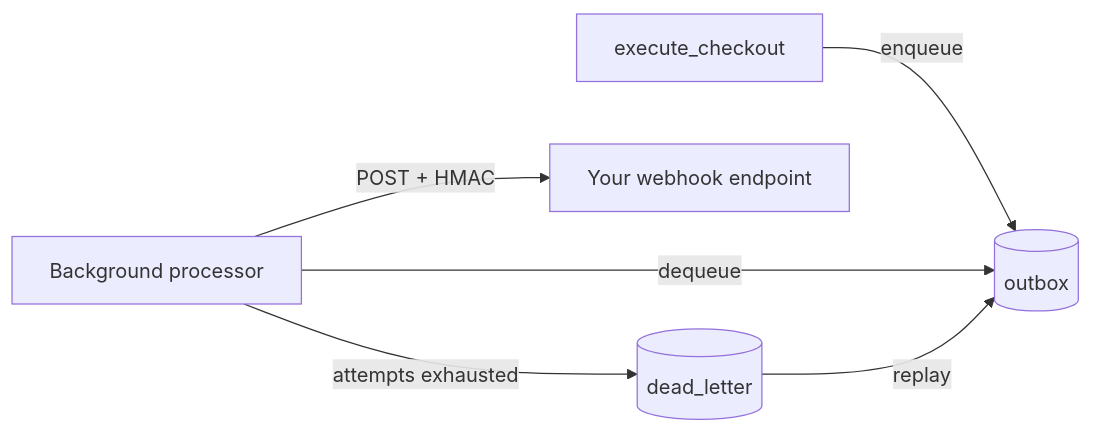
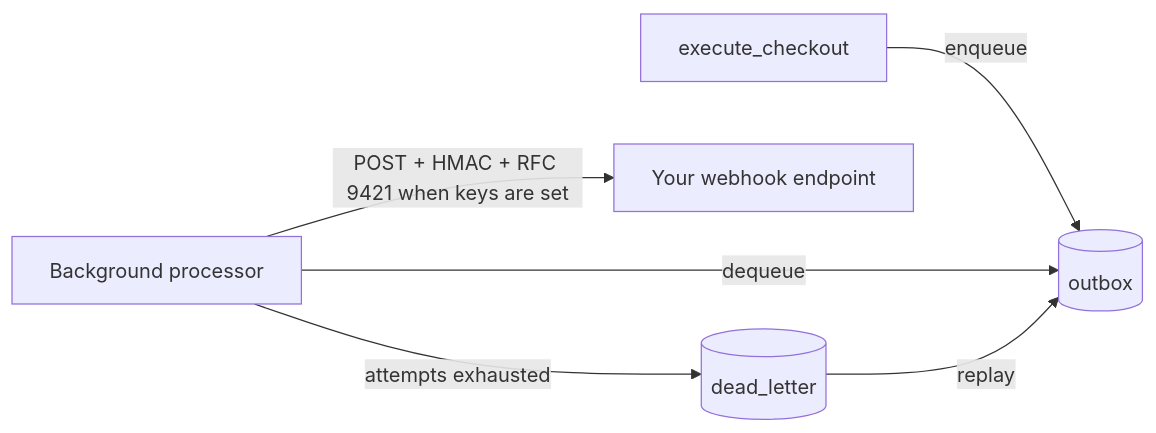
The diagram in docs/runbooks/retries-and-outbox.md (AncientiCe/commerce-orchestrator-api), drawn with Mermaid before and after one commit. The commit also changed other lines of this file and 12 other files, not shown here.

First line of the commit message:
feat(webhooks): sign deliveries with RFC 9421 under the discovery keys

````diff
--- a/docs/runbooks/retries-and-outbox.md
+++ b/docs/runbooks/retries-and-outbox.md
@@ -14,8 +14,8 @@
 ```mermaid
 flowchart LR
   Checkout[execute_checkout] -->|enqueue| Outbox[(outbox)]
   Processor[Background processor] -->|dequeue| Outbox
-  Processor -->|POST + HMAC| Subscriber[Your webhook endpoint]
+  Processor -->|POST + HMAC + RFC 9421 when keys are set| Subscriber[Your webhook endpoint]
   Processor -->|attempts exhausted| DeadLetter[(dead_letter)]
   DeadLetter -->|replay| Outbox
 ```
````
